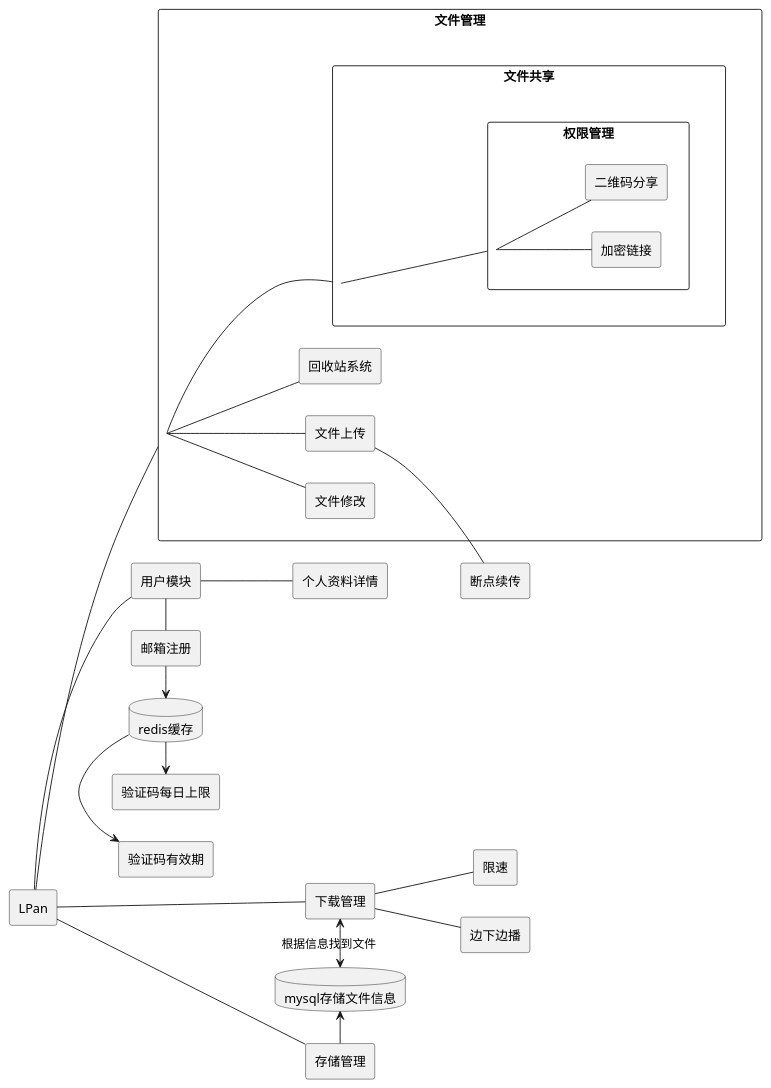
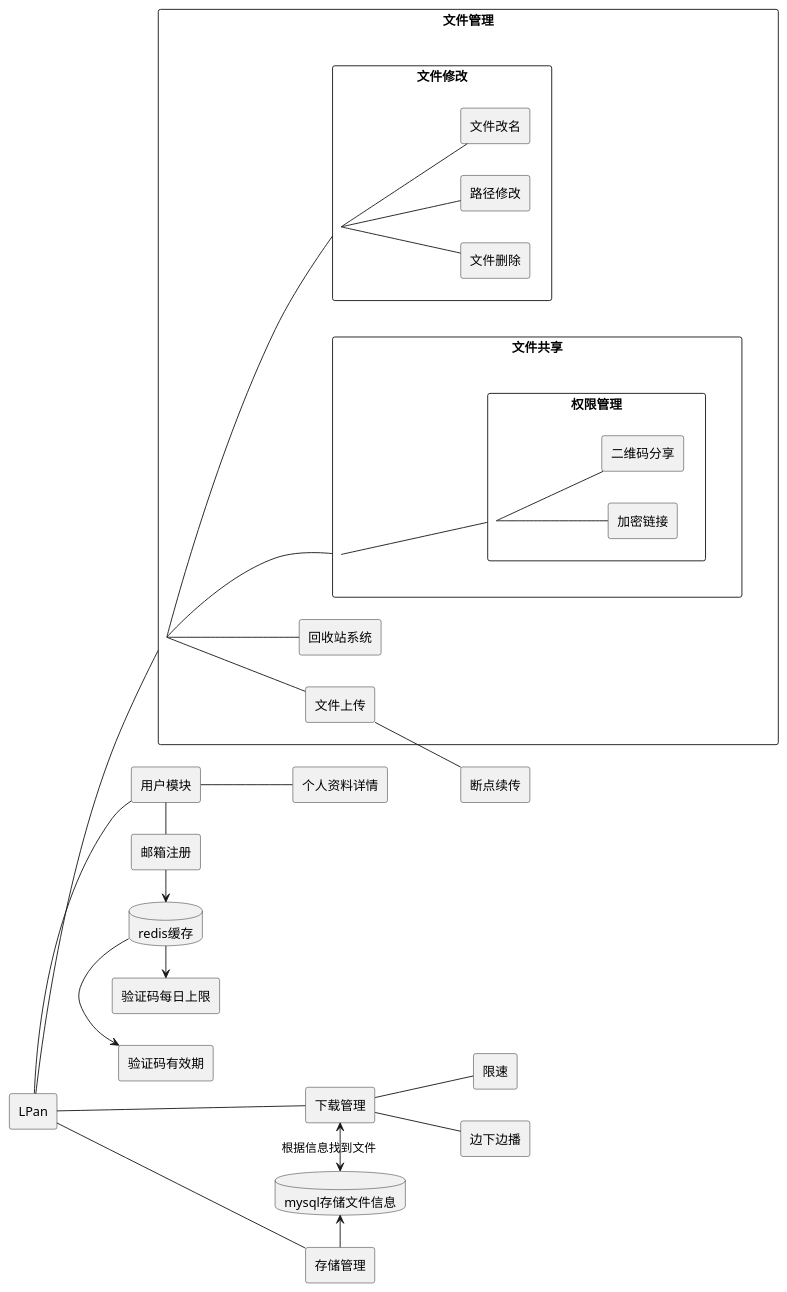
Before and after one commit to lluckyboi/LPan: the diagram in LPan.puml, drawn with PlantUML. The commit also changed 1 other file, not shown here.

```diff
--- a/LPan.puml
+++ b/LPan.puml
@@ -1,85 +1,95 @@
 @startuml
 left to right direction
 skinparam packageStyle rectangle
 
 rectangle  LPan
 
 
 rectangle 用户模块{
     LPan -- 用户模块
 }
 rectangle 邮箱注册{
     用户模块 - 邮箱注册
 }
 database redis[
     redis缓存
 ]
 redis ->验证码有效期
 redis ->验证码每日上限
 邮箱注册 -> redis
 rectangle 验证码有效期{
 }
 rectangle 验证码每日上限{
 }
 rectangle 个人资料详情{
     用户模块  -- 个人资料详情
 }
 
 
 
 
 rectangle 存储管理{
     LPan -- 存储管理
 }
 database mysql[
 mysql存储文件信息
 ]
 mysql <- 存储管理
 
 下载管理<->mysql:根据信息找到文件
 
 
 
 rectangle 文件管理{
     LPan -- 文件管理
 }
 rectangle 文件管理{
    文件管理--文件共享
    文件管理--文件修改
    文件管理--文件上传
    文件管理--回收站系统
 }
 rectangle 文件修改{
+    文件修改--文件删除
+    文件修改--路径修改
+    文件修改--文件改名
 }
+rectangle 文件删除{
+}
+rectangle 路径修改{
+}
+rectangle 文件改名{
+}
+
 rectangle 文件上传{
 }
 rectangle 回收站系统{
 }
 rectangle 文件共享{
     文件共享 -- 权限管理
 }
 rectangle 权限管理 {
     权限管理--加密链接
     权限管理--二维码分享
 }
 rectangle 加密链接{
 }
 rectangle 二维码分享{
 }
 
 
 
 rectangle 下载管理{
     LPan---下载管理
 }
 rectangle 限速{
    下载管理--限速
 }
 rectangle 边下边播{
    下载管理--边下边播
 }
 rectangle 断点续传{
     文件上传--断点续传
 }
 
 @enduml
```
